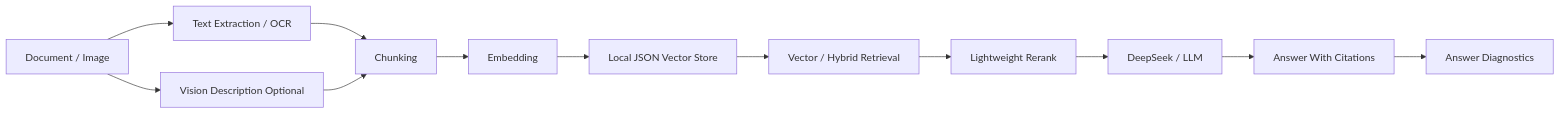
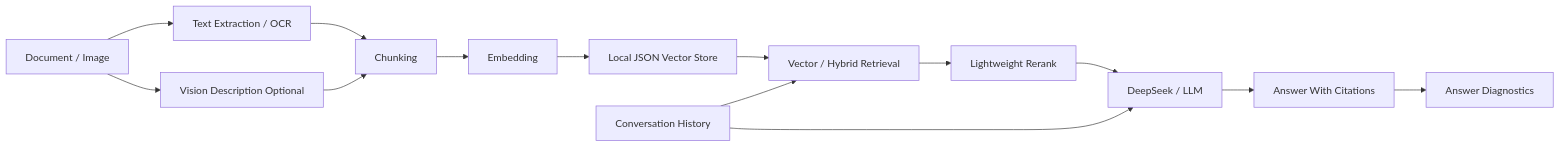
One commit to ljw826732773-png/multimodal-doc-rag changed the diagram in README.md. Above: the diagram before and after it, drawn with Mermaid. The commit also changed other lines of this file and 4 other files, not shown here.

````diff
--- a/README.md
+++ b/README.md
@@ -47,14 +48,16 @@
 ```mermaid
 flowchart LR
     A["Document / Image"] --> B["Text Extraction / OCR"]
     A --> C["Vision Description Optional"]
     B --> D["Chunking"]
     C --> D
     D --> E["Embedding"]
     E --> F["Local JSON Vector Store"]
     F --> G["Vector / Hybrid Retrieval"]
     G --> H["Lightweight Rerank"]
     H --> I["DeepSeek / LLM"]
     I --> J["Answer With Citations"]
     J --> K["Answer Diagnostics"]
+    L["Conversation History"] --> G
+    L --> I
 ```
````
